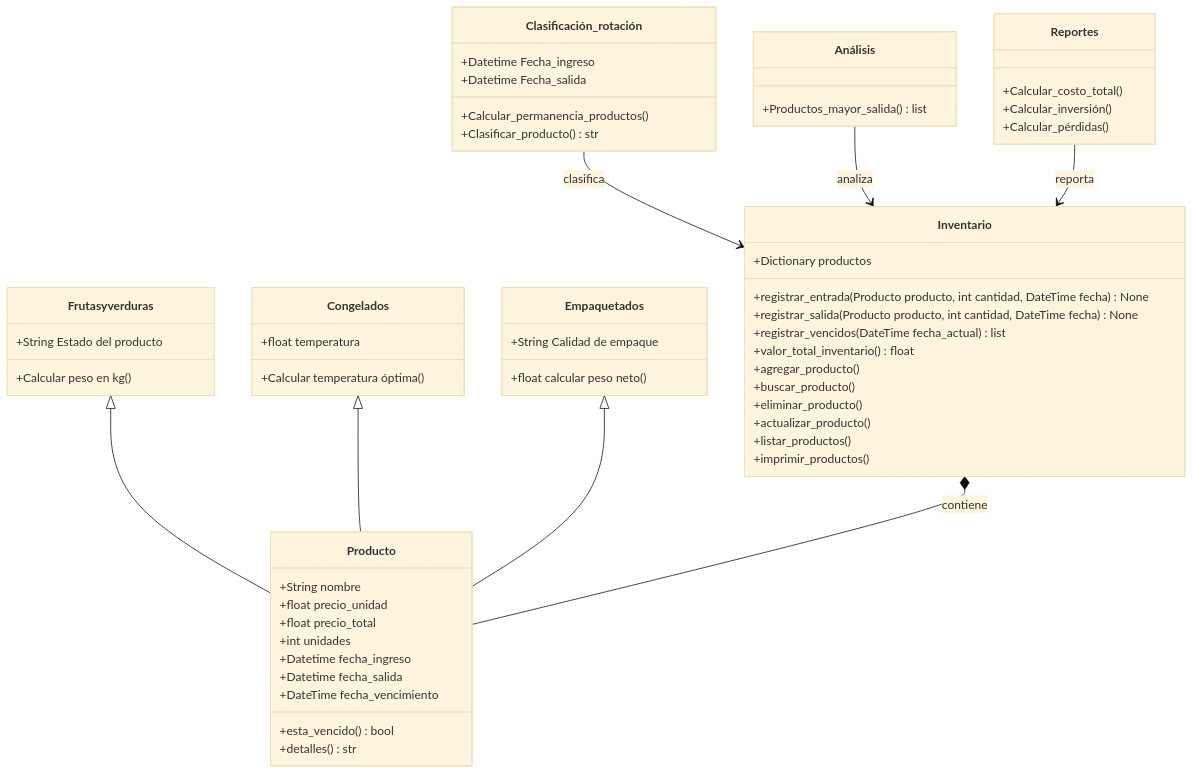
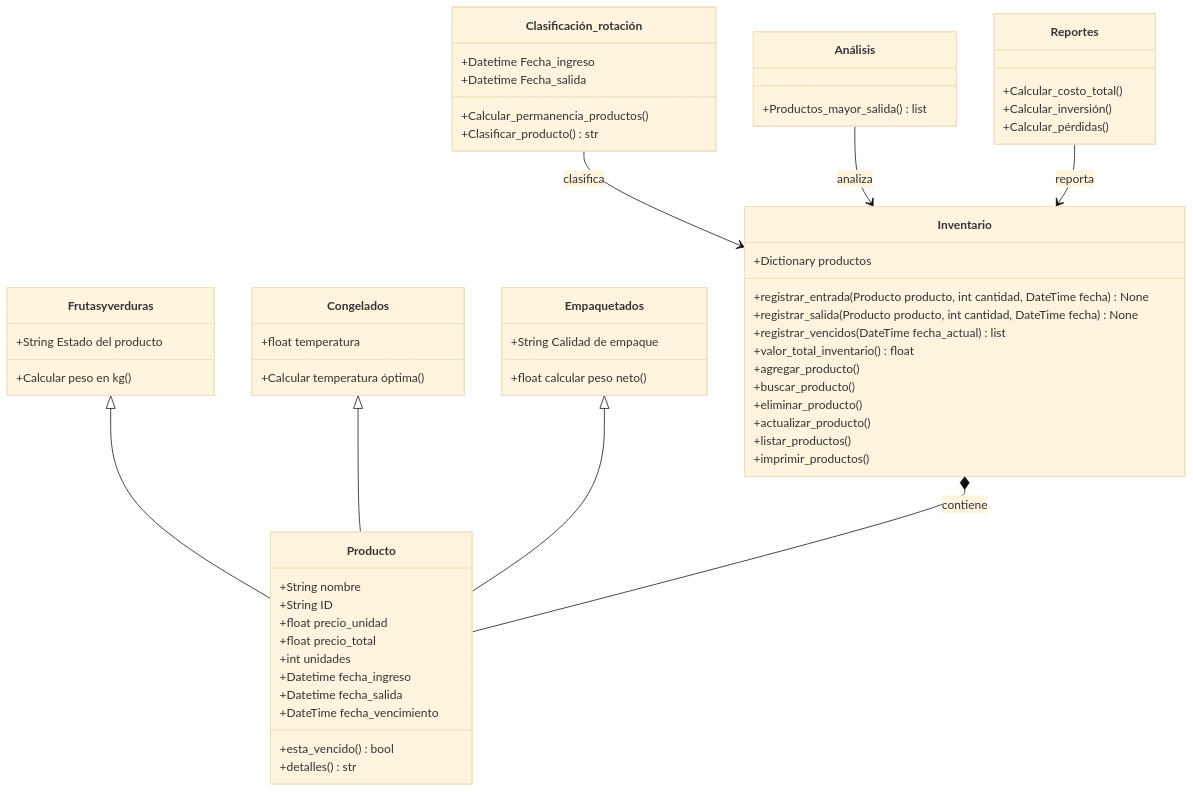
Before and after one commit to isabellam242006/Proyecto-Poo: the diagram in README.md, drawn with Mermaid (base theme).

````diff
--- a/README.md
+++ b/README.md
@@ -25,60 +25,61 @@
 ```mermaid
 classDiagram
     class Producto {
         +String nombre
+        +String ID
         +float precio_unidad
         +float precio_total
         +int unidades
         +Datetime fecha_ingreso
         +Datetime fecha_salida
         +DateTime fecha_vencimiento
         +esta_vencido() bool
         +detalles() str
     }
     class Frutas y verduras {
         +String Estado del producto
         +Calcular peso en kg()
     }
     class Congelados {
         +float temperatura
         +Calcular temperatura óptima()
     }
     class Empaquetados {
         +String Calidad de empaque
         +float calcular peso neto()
     }
     class Inventario {
         +Dictionary productos
         +registrar_entrada(Producto producto, int cantidad, DateTime fecha) None
         +registrar_salida(Producto producto, int cantidad, DateTime fecha) None
         +registrar_vencidos(DateTime fecha_actual) list
         +valor_total_inventario() float
         +agregar_producto()
         +buscar_producto()
         +eliminar_producto()
         +actualizar_producto()
         +listar_productos() 
         +imprimir_productos()
     }
     class Clasificación_rotación {
         +Datetime Fecha_ingreso
         +Datetime Fecha_salida
         +Calcular_permanencia_productos()
         +Clasificar_producto() str
     }
     class Análisis {
         +Productos_mayor_salida() list
     }
     class Reportes {
         +Calcular_costo_total()
         +Calcular_inversión()
         +Calcular_pérdidas()
     }
     Frutas y verduras <|-- Producto
     Congelados <|-- Producto
     Empaquetados <|-- Producto
     Inventario *-- Producto : contiene
     Clasificación_rotación --> Inventario : clasifica
     Análisis --> Inventario : analiza
     Reportes --> Inventario : reporta
 ```
````
